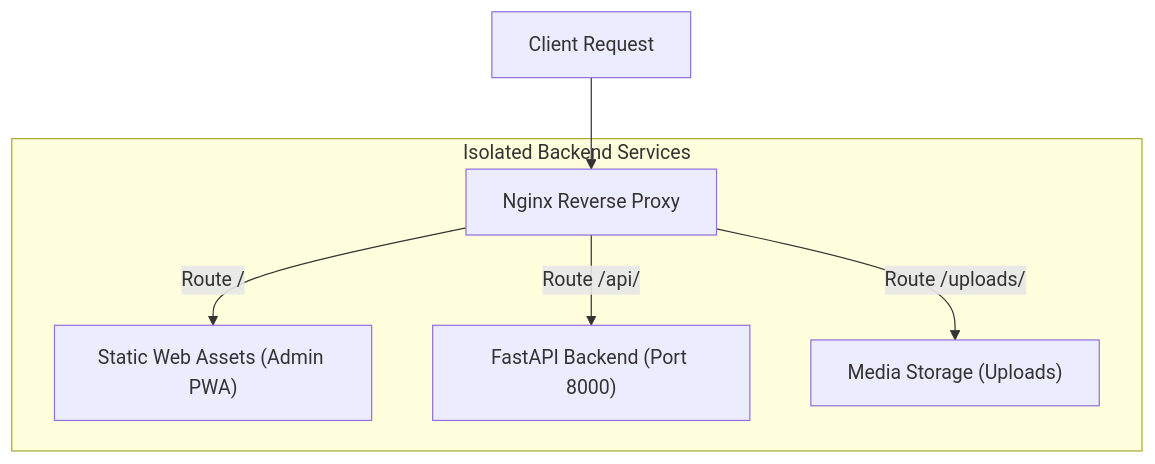
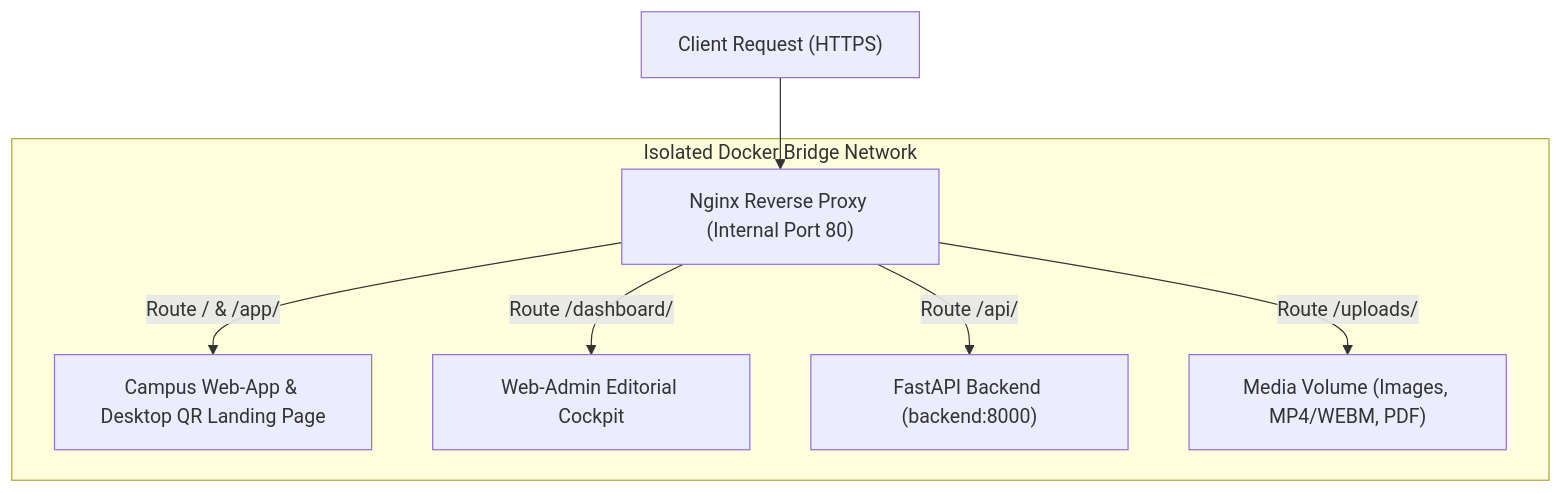
Before and after one commit to Pascal-Thommen/pascal-thommen.github.io: the second of 3 diagrams in content/posts/upa-campus-app-architecture-part-3/index.en.md, drawn with Mermaid. The commit also changed other lines of this file and 20 other files, not shown here.

Commit message:
feat(posts): refine UPA Campus App architecture series with holistic webapp mental model and specification depth

````diff
--- a/content/posts/upa-campus-app-architecture-part-3/index.en.md
+++ b/content/posts/upa-campus-app-architecture-part-3/index.en.md
@@ -52,9 +50,10 @@
 ```mermaid
 flowchart TD
-    Client["Client Request"] --> Nginx["Nginx Reverse Proxy"]
-    subgraph Container_Network["Isolated Backend Services"]
-        Nginx -->|Route /| Frontend["Static Web Assets (Admin PWA)"]
-        Nginx -->|Route /api/| FastAPI["FastAPI Backend (Port 8000)"]
-        Nginx -->|Route /uploads/| Uploads["Media Storage (Uploads)"]
+    Client["Client Request (HTTPS)"] --> Nginx["Nginx Reverse Proxy (Internal Port 80)"]
+    subgraph Container_Network["Isolated Docker Bridge Network"]
+        Nginx -->|Route / & /app/| WebApp["Campus Web-App & Desktop QR Landing Page"]
+        Nginx -->|Route /dashboard/| AdminUI["Web-Admin Editorial Cockpit"]
+        Nginx -->|Route /api/| FastAPI["FastAPI Backend (backend:8000)"]
+        Nginx -->|Route /uploads/| Uploads["Media Volume (Images, MP4/WEBM, PDF)"]
     end
 ```
````
